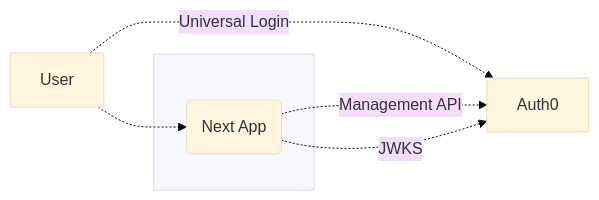
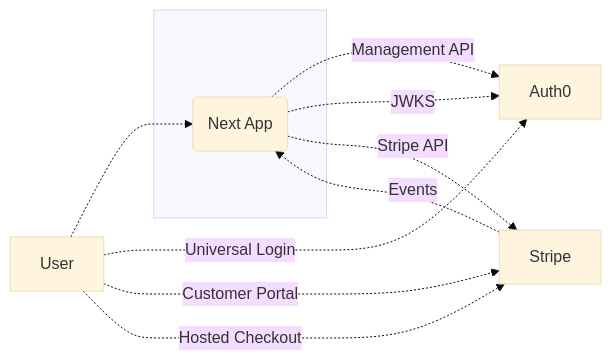
Before and after one commit to joernb/blueprints: the diagram in README.md, drawn with Mermaid (base theme). The commit also changed other lines of this file and 31 other files, not shown here.

````diff
--- a/README.md
+++ b/README.md
@@ -24,16 +24,22 @@
 ```mermaid
 graph LR
 
 User["User"]
 
 subgraph " "
   NextApp("Next App")
 end
 
 Auth0["Auth0"]
+Stripe["Stripe"]
 
 User -.-> NextApp
 User -."Universal Login".-> Auth0
 NextApp -."Management API".-> Auth0
 NextApp -."JWKS".-> Auth0
+
+User -."Customer Portal".-> Stripe
+User -."Hosted Checkout".-> Stripe
+NextApp -."Stripe API".-> Stripe
+Stripe -."Events".-> NextApp
 ```
````
